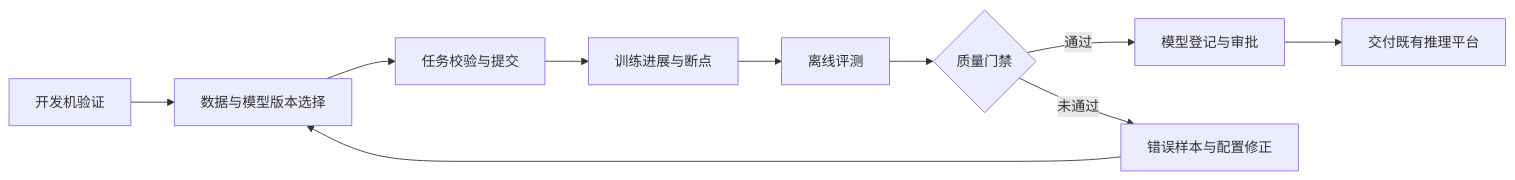
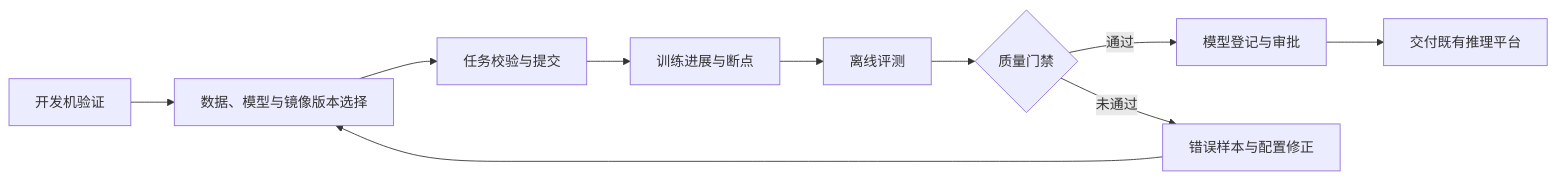
The first of 23 diagrams in docs/4-大模型训练平台需求规划梳理（草稿）.v2.md (gqcn/ltp), drawn with Mermaid before and after one commit. The commit also changed other lines of this file, not shown here.

````diff
--- a/docs/4-大模型训练平台需求规划梳理（草稿）.v2.md
+++ b/docs/4-大模型训练平台需求规划梳理（草稿）.v2.md
@@ -13,12 +21,12 @@
 ```mermaid
 flowchart LR
-    A["开发机验证"] --> B["数据与模型版本选择"]
+    A["开发机验证"] --> B["数据、模型与镜像版本选择"]
     B --> C["任务校验与提交"]
     C --> D["训练进展与断点"]
     D --> E["离线评测"]
     E --> F{"质量门禁"}
     F -->|"通过"| G["模型登记与审批"]
     G --> H["交付既有推理平台"]
     F -->|"未通过"| I["错误样本与配置修正"]
     I --> B
 ```
````
